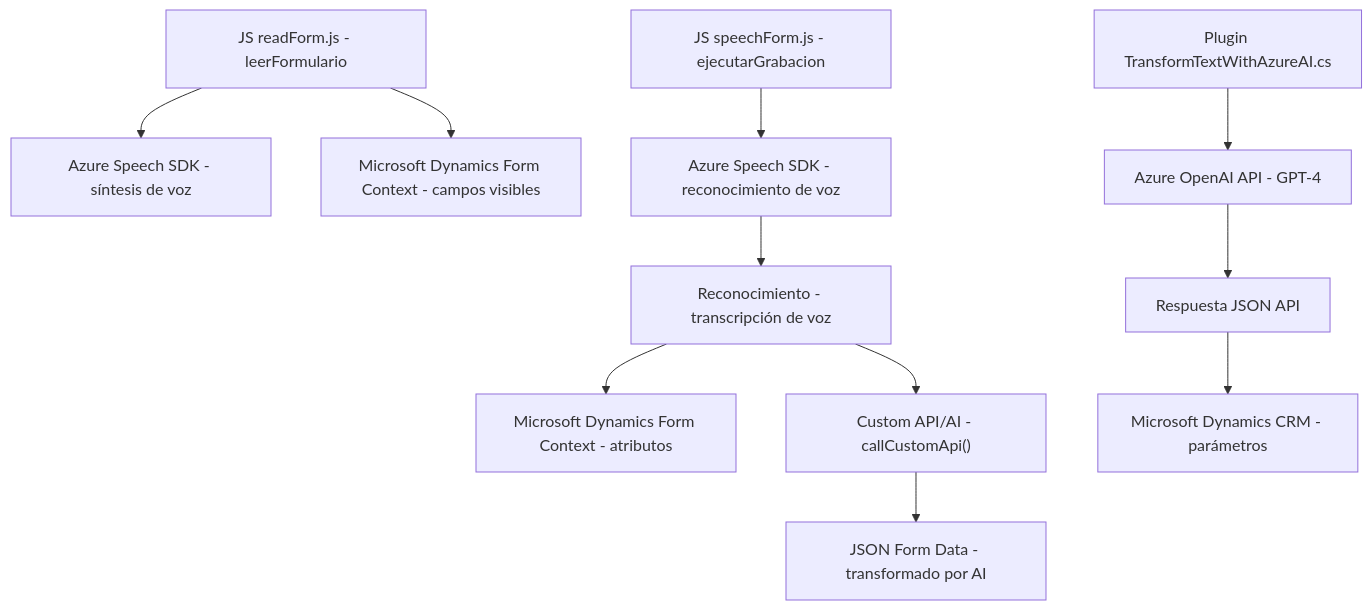
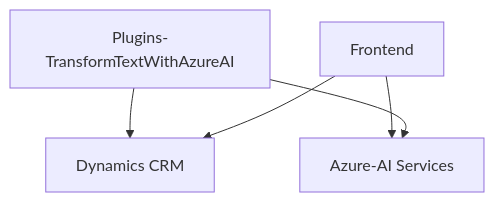
Before and after one commit to blopezdm/NETCORE_BILBAO2025: the diagram in README.md, drawn with Mermaid. The commit also changed other lines of this file, not shown here.

````diff
--- a/README.md
+++ b/README.md
@@ -38,15 +53,12 @@
 ```mermaid
 graph TD
-    A["JS readForm.js - leerFormulario"] --> B["Azure Speech SDK - síntesis de voz"]
-    A["JS readForm.js - leerFormulario"] --> C["Microsoft Dynamics Form Context - campos visibles"]
-
-    D["JS speechForm.js - ejecutarGrabacion"] --> E["Azure Speech SDK - reconocimiento de voz"]
-    E --> F["Reconocimiento - transcripción de voz"]
-    F --> G["Microsoft Dynamics Form Context - atributos"]
-    F --> H["Custom API/AI - callCustomApi()"]
-    H --> I["JSON Form Data - transformado por AI"]
-
-    J["Plugin TransformTextWithAzureAI.cs"] --> K["Azure OpenAI API - GPT-4"]
-    K --> L["Respuesta JSON API"]
-    L --> M["Microsoft Dynamics CRM - parámetros"]
+    A["Dynamics CRM"]
+    B-->A
+    B["Plugins-TransformTextWithAzureAI"]
+    C["Frontend"]
+    D["Azure-Speech-SDK"]
+    C-->D
+    C-->A
+    D["Azure-AI Services"]
+    B-->D
 ```
````
